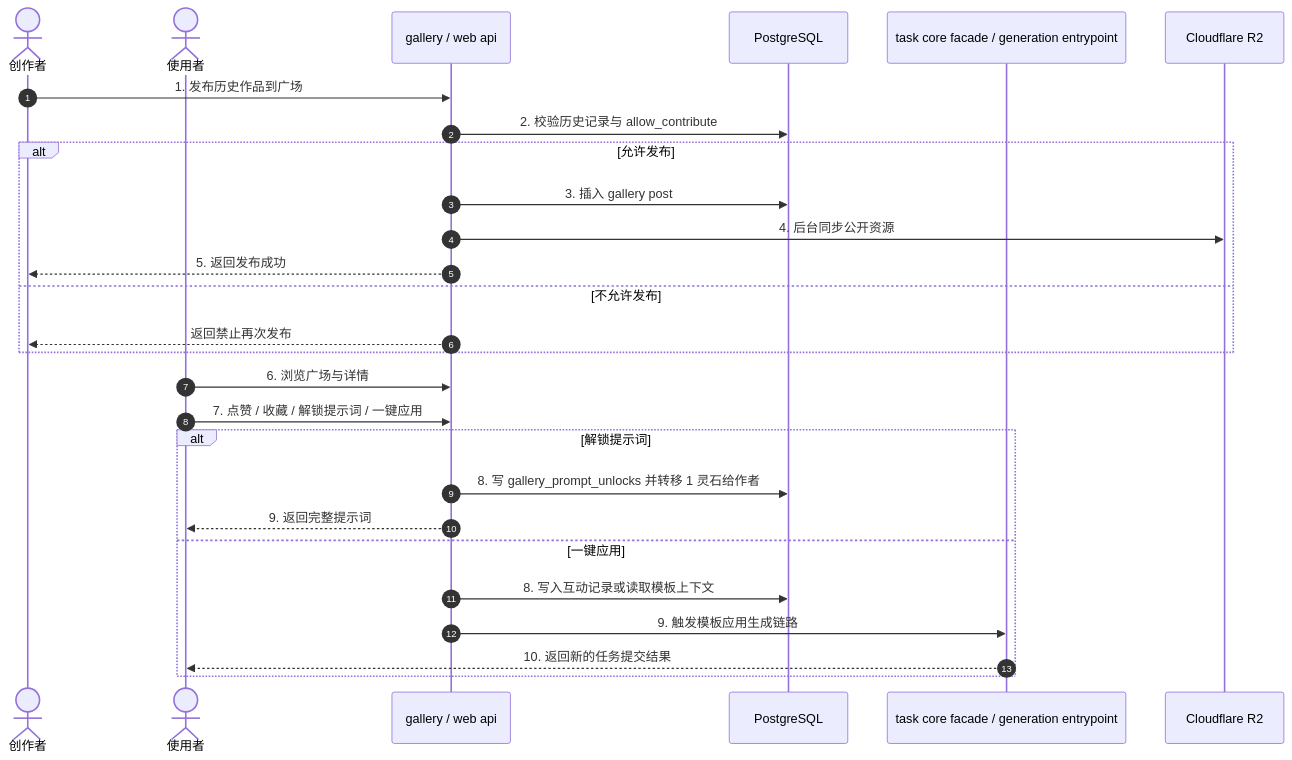
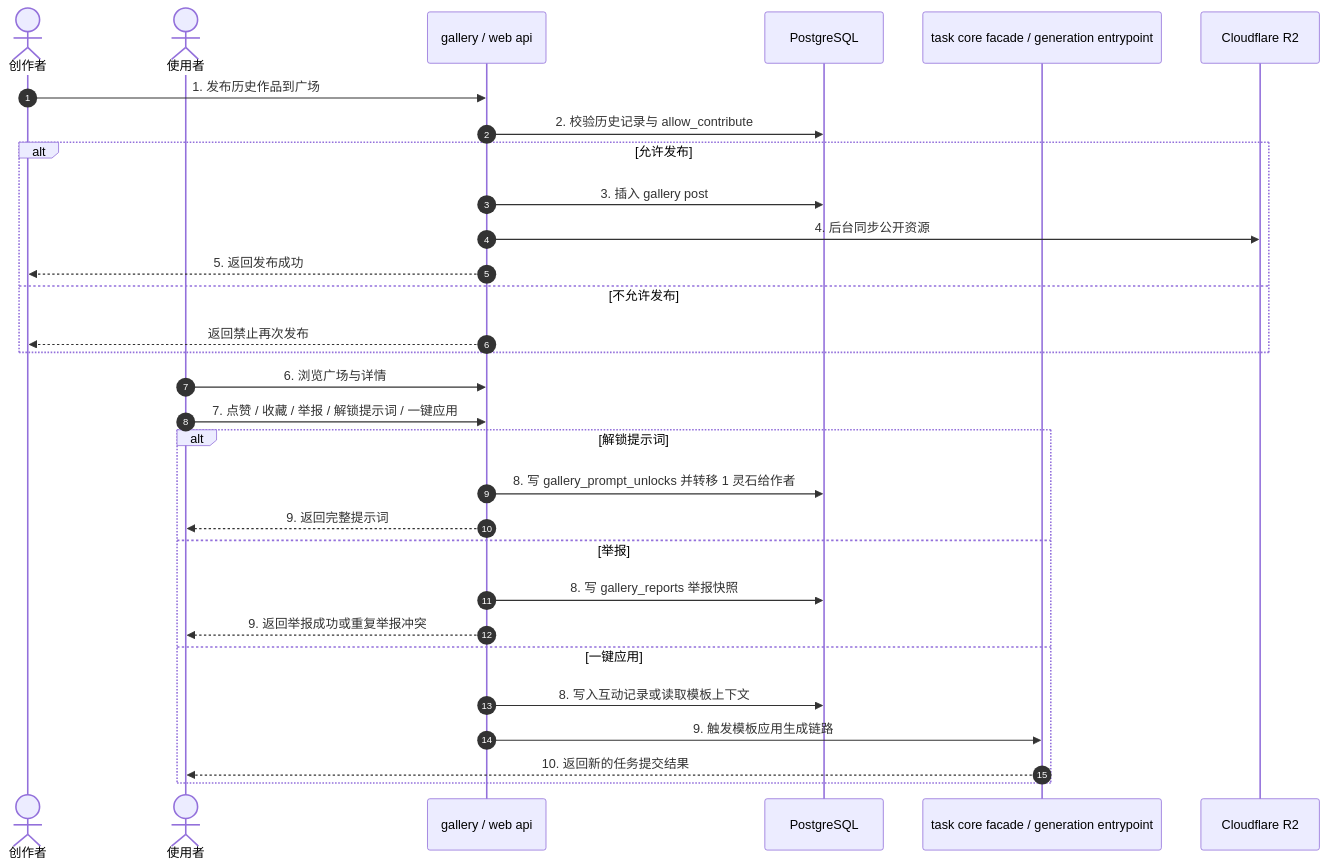
The diagram in docs/business/03_BIZ_社区广场与社交互动板块.md (giraffu/All_bot), drawn with Mermaid before and after one commit. The commit also changed other lines of this file and 39 other files, not shown here.

````diff
--- a/docs/business/03_BIZ_社区广场与社交互动板块.md
+++ b/docs/business/03_BIZ_社区广场与社交互动板块.md
@@ -23,31 +24,34 @@
 ```mermaid
 sequenceDiagram
     autonumber
     actor A as 创作者
     actor B as 使用者
     participant Web as gallery / web api
     participant DB as PostgreSQL
     participant Task as task core facade / generation entrypoint
     participant R2 as Cloudflare R2
 
     A->>Web: 1. 发布历史作品到广场
     Web->>DB: 2. 校验历史记录与 allow_contribute
     alt 允许发布
         Web->>DB: 3. 插入 gallery post
         Web->>R2: 4. 后台同步公开资源
         Web-->>A: 5. 返回发布成功
     else 不允许发布
         Web-->>A: 返回禁止再次发布
     end
 
     B->>Web: 6. 浏览广场与详情
-    B->>Web: 7. 点赞 / 收藏 / 解锁提示词 / 一键应用
+    B->>Web: 7. 点赞 / 收藏 / 举报 / 解锁提示词 / 一键应用
     alt 解锁提示词
         Web->>DB: 8. 写 gallery_prompt_unlocks 并转移 1 灵石给作者
         Web-->>B: 9. 返回完整提示词
+    else 举报
+        Web->>DB: 8. 写 gallery_reports 举报快照
+        Web-->>B: 9. 返回举报成功或重复举报冲突
     else 一键应用
         Web->>DB: 8. 写入互动记录或读取模板上下文
         Web->>Task: 9. 触发模板应用生成链路
         Task-->>B: 10. 返回新的任务提交结果
     end
 ```
````
